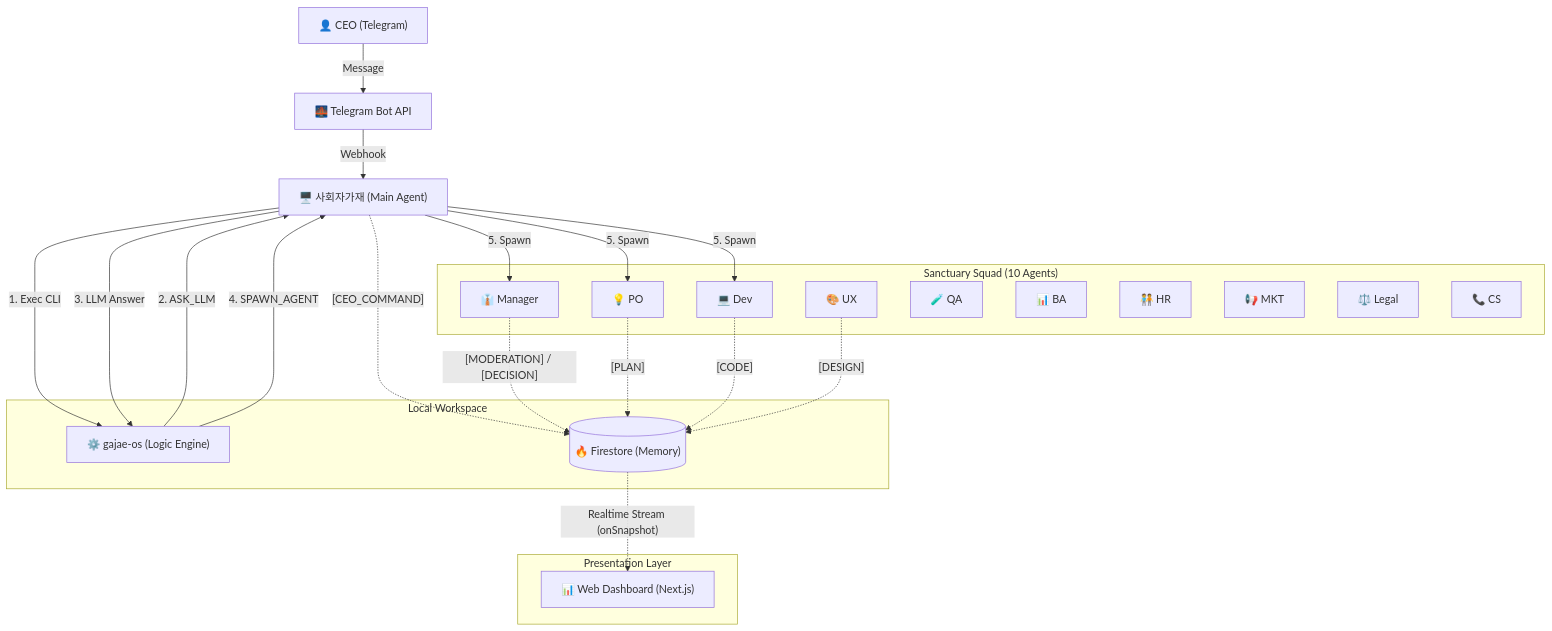
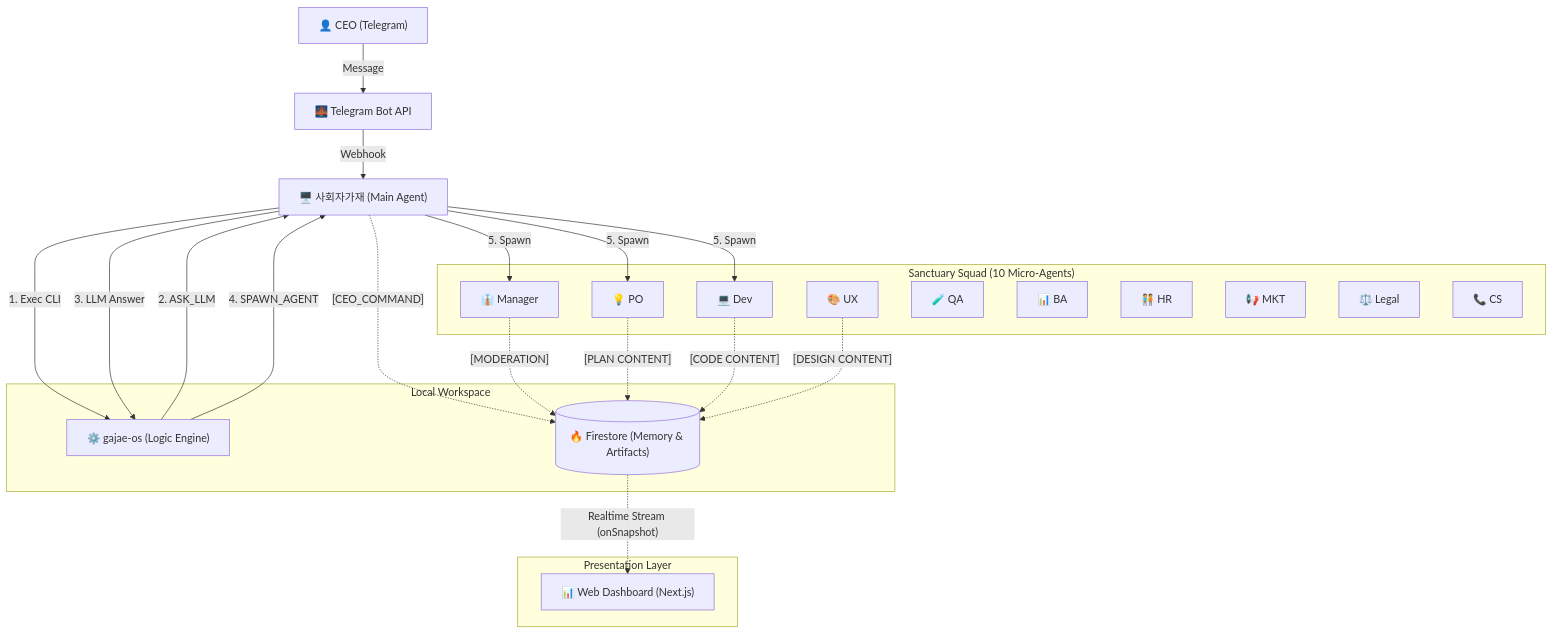
The first of 2 diagrams in docs/core/process/SYSTEM_DESIGN_V1_0.md (KyleL22/yuna-openclaw), drawn with Mermaid before and after one commit. The commit also changed other lines of this file, not shown here.

Commit message:
Docs: Finalize System Design v15.4 (Reflect All-in-DB & Main Agent Role)

````diff
--- a/docs/core/process/SYSTEM_DESIGN_V1_0.md
+++ b/docs/core/process/SYSTEM_DESIGN_V1_0.md
@@ -13,45 +13,45 @@
 ```mermaid
 graph TD
     User["👤 CEO (Telegram)"] -->|Message| Bridge["🌉 Telegram Bot API"]
     Bridge -->|Webhook| Main["🖥️ 사회자가재 (Main Agent)"]
     
     subgraph "Local Workspace"
         CLI["⚙️ gajae-os (Logic Engine)"]
-        DB[("🔥 Firestore (Memory)")]
+        DB[("🔥 Firestore (Memory & Artifacts)")]
     end
     
-    subgraph "Sanctuary Squad (10 Agents)"
+    subgraph "Sanctuary Squad (10 Micro-Agents)"
         PM["👔 Manager"]
         PO["💡 PO"]
         DEV["💻 Dev"]
         UX["🎨 UX"]
         QA["🧪 QA"]
         BA["📊 BA"]
         HR["🧑‍🤝‍🧑 HR"]
         MKT["📢 MKT"]
         LEGAL["⚖️ Legal"]
         CS["📞 CS"]
     end
 
     subgraph "Presentation Layer"
         Web["📊 Web Dashboard (Next.js)"]
     end
 
     Main -- "1. Exec CLI" --> CLI
     CLI -- "2. ASK_LLM" --> Main
     Main -- "3. LLM Answer" --> CLI
     CLI -- "4. SPAWN_AGENT" --> Main
     Main -- "5. Spawn" --> PM
     Main -- "5. Spawn" --> PO
     Main -- "5. Spawn" --> DEV
     
     %% All agents write to DB
     Main -.->|"[CEO_COMMAND]"| DB
-    PM -.->|"[MODERATION] / [DECISION]"| DB
-    PO -.->|"[PLAN]"| DB
-    DEV -.->|"[CODE]"| DB
-    UX -.->|"[DESIGN]"| DB
+    PM -.->|"[MODERATION]"| DB
+    PO -.->|"[PLAN CONTENT]"| DB
+    DEV -.->|"[CODE CONTENT]"| DB
+    UX -.->|"[DESIGN CONTENT]"| DB
 
     %% Web View
     DB -.->|"Realtime Stream (onSnapshot)"| Web
 ```
````
